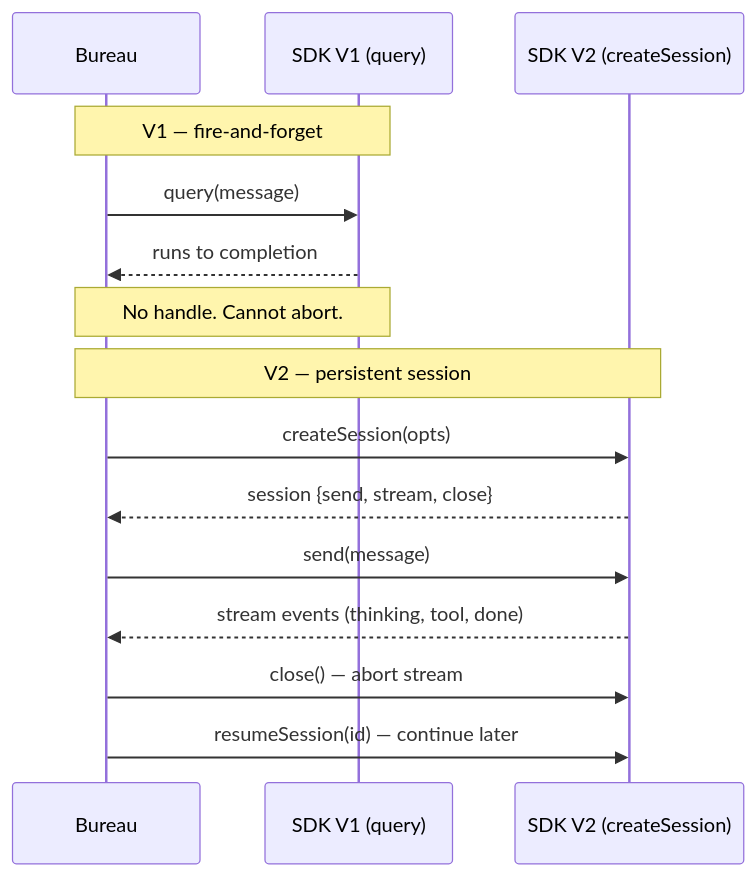
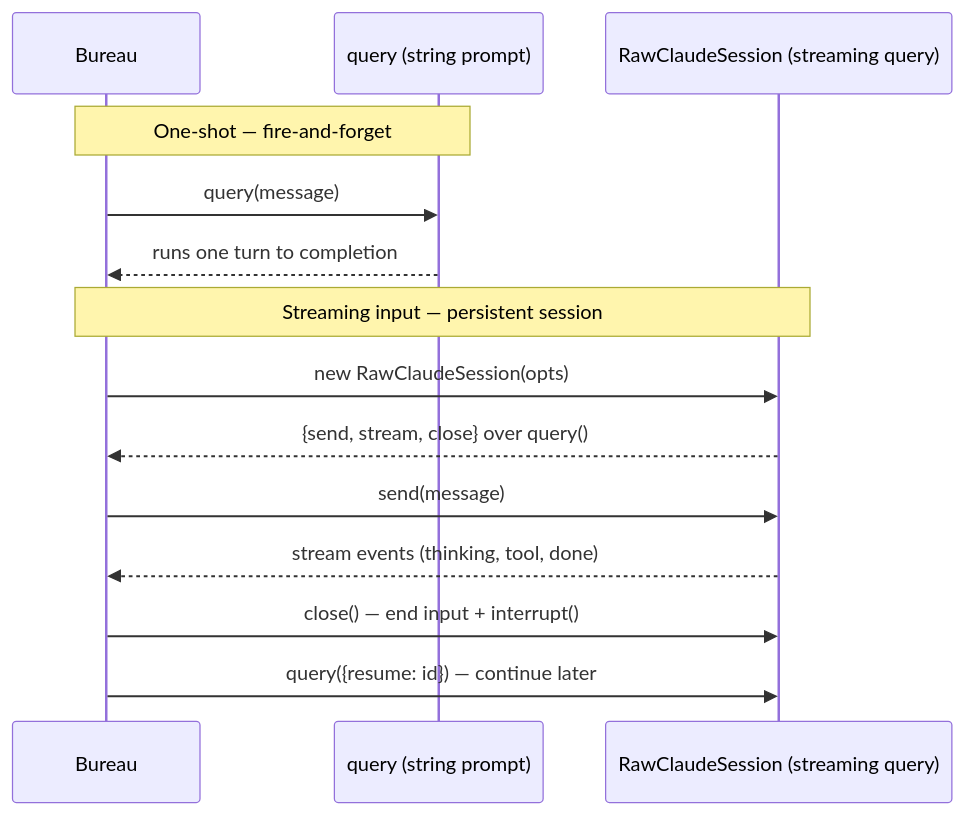
The second of 9 diagrams in articles/punching-in-building-an-office-for-ai-agents.md (smeltery/bureau), drawn with Mermaid before and after one commit. The commit also changed other lines of this file and 11 other files, not shown here.

First line of the commit message:
feat: migrate to Claude Agent SDK 0.3.x query() API

````diff
--- a/articles/punching-in-building-an-office-for-ai-agents.md
+++ b/articles/punching-in-building-an-office-for-ai-agents.md
@@ -88,19 +86,18 @@
 ```mermaid
 sequenceDiagram
     participant App as Bureau
-    participant V1 as SDK V1 (query)
-    participant V2 as SDK V2 (createSession)
+    participant OneShot as query (string prompt)
+    participant Session as RawClaudeSession (streaming query)
 
-    Note over App,V1: V1 — fire-and-forget
-    App->>V1: query(message)
-    V1-->>App: runs to completion
-    Note over App,V1: No handle. Cannot abort.
+    Note over App,OneShot: One-shot — fire-and-forget
+    App->>OneShot: query(message)
+    OneShot-->>App: runs one turn to completion
 
-    Note over App,V2: V2 — persistent session
-    App->>V2: createSession(opts)
-    V2-->>App: session {send, stream, close}
-    App->>V2: send(message)
-    V2-->>App: stream events (thinking, tool, done)
-    App->>V2: close() — abort stream
-    App->>V2: resumeSession(id) — continue later
+    Note over App,Session: Streaming input — persistent session
+    App->>Session: new RawClaudeSession(opts)
+    Session-->>App: {send, stream, close} over query()
+    App->>Session: send(message)
+    Session-->>App: stream events (thinking, tool, done)
+    App->>Session: close() — end input + interrupt()
+    App->>Session: query({resume: id}) — continue later
 ```
````
